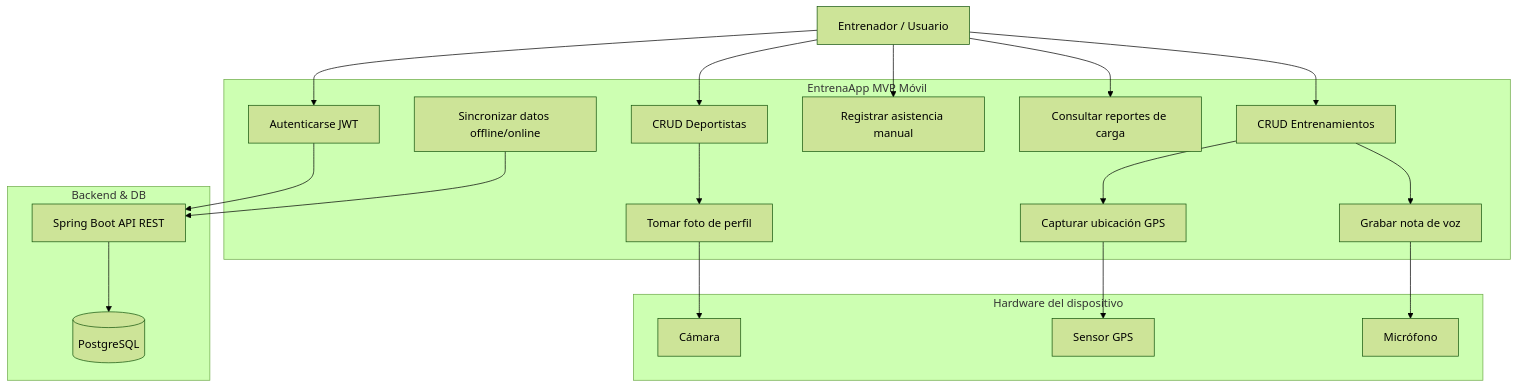
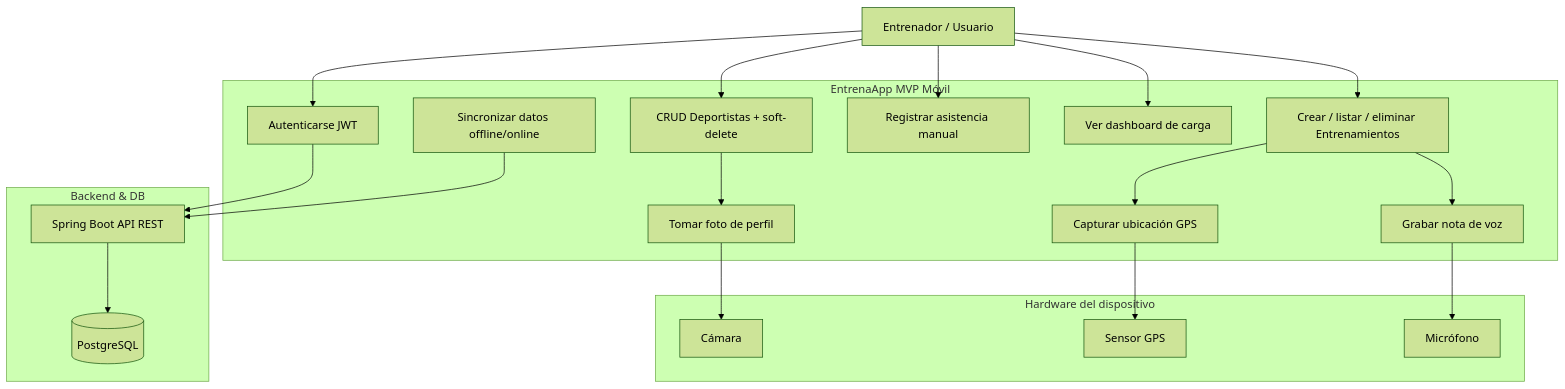
The first of 4 diagrams in README.md (NicolasChaves93/Aplicacion-deportiva), drawn with Mermaid (forest theme) before and after one commit. The commit also changed other lines of this file and 17 other files, not shown here.

First line of the commit message:
feat(reportes): add dashboard stats/carga API endpoints and mobile Home dashboard

````diff
--- a/README.md
+++ b/README.md
@@ -29,45 +32,45 @@
 ```mermaid
 graph TD
     E[Entrenador / Usuario]
 
     subgraph MVP["EntrenaApp MVP Móvil"]
         UC1[Autenticarse JWT]
-        UC2[CRUD Deportistas]
+        UC2[CRUD Deportistas + soft-delete]
         UC3[Tomar foto de perfil]
-        UC4[CRUD Entrenamientos]
+        UC4[Crear / listar / eliminar Entrenamientos]
         UC5[Capturar ubicación GPS]
         UC6[Grabar nota de voz]
         UC7[Registrar asistencia manual]
-        UC8[Consultar reportes de carga]
+        UC8[Ver dashboard de carga]
         UC9[Sincronizar datos offline/online]
     end
 
     subgraph HW["Hardware del dispositivo"]
         HW1[Cámara]
         HW2[Sensor GPS]
         HW3[Micrófono]
     end
 
     subgraph BE["Backend & DB"]
         API[Spring Boot API REST]
         PG[(PostgreSQL)]
     end
 
     E --> UC1
     E --> UC2
     E --> UC4
     E --> UC7
     E --> UC8
 
     UC2 --> UC3
     UC4 --> UC5
     UC4 --> UC6
 
     UC3 --> HW1
     UC5 --> HW2
     UC6 --> HW3
 
     UC1 --> API
     UC9 --> API
     API --> PG
 ```
````
